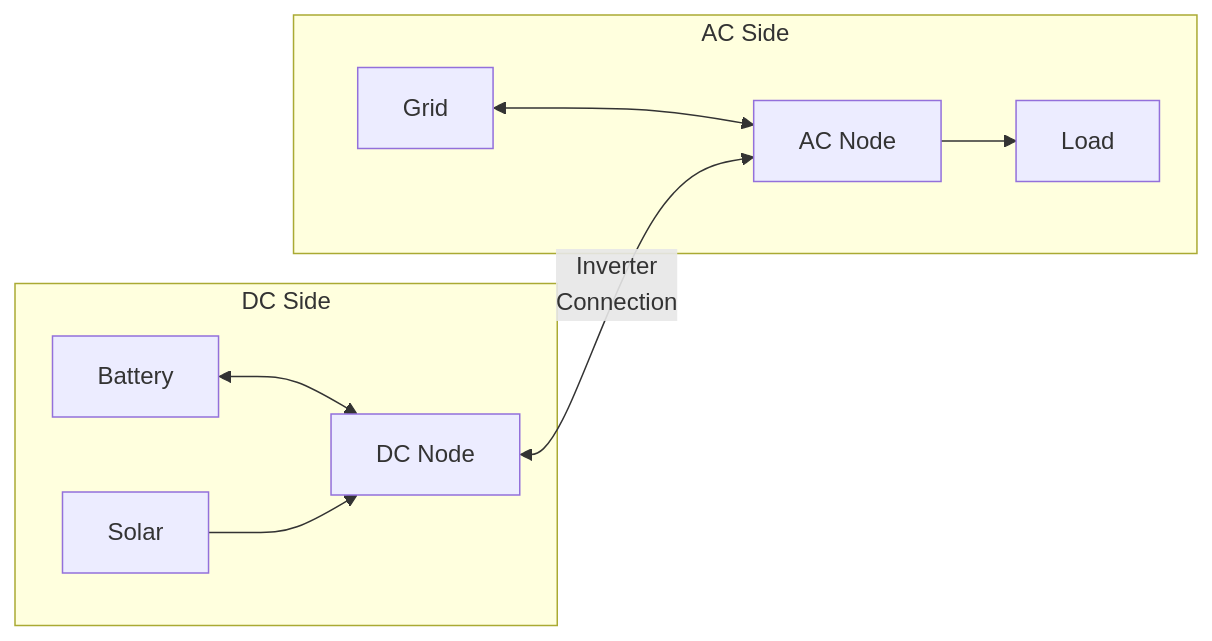
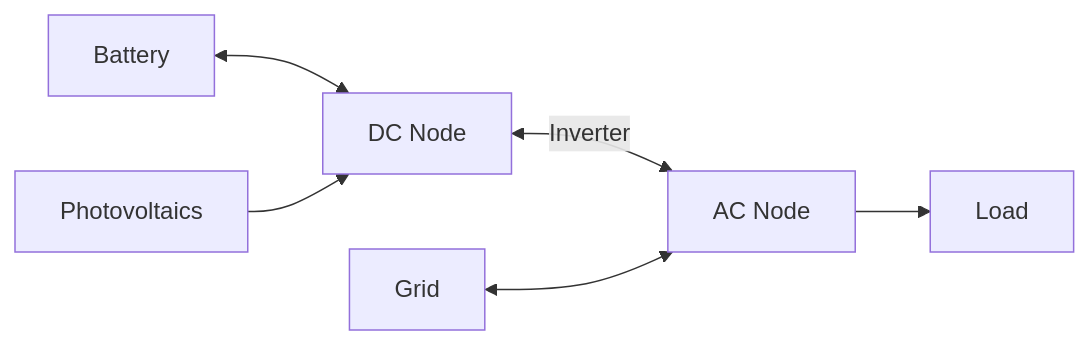
One commit to Chance-Konstruktion/haeo changed the third of 3 diagrams in docs/user-guide/elements/node.md. Above: the diagram before and after it, drawn with Mermaid. The commit also changed other lines of this file and 52 other files, not shown here.

````diff
--- a/docs/user-guide/elements/node.md
+++ b/docs/user-guide/elements/node.md
@@ -93,14 +106,8 @@
 ```mermaid
 graph LR
-    subgraph DC Side
-        Battery[Battery] <--> DC_Node[DC Node]
-        Solar[Solar] --> DC_Node
-    end
-
-    subgraph AC Side
-        Grid[Grid] <--> AC_Node[AC Node]
-        AC_Node --> Load[Load]
-    end
-
-    DC_Node <-->|Inverter<br/>Connection| AC_Node
+    Battery[Battery] <--> DC[DC Node]
+    Solar[Photovoltaics] --> DC
+    DC <-->|Inverter| AC[AC Node]
+    Grid[Grid] <--> AC
+    AC --> Load[Load]
 ```
````
